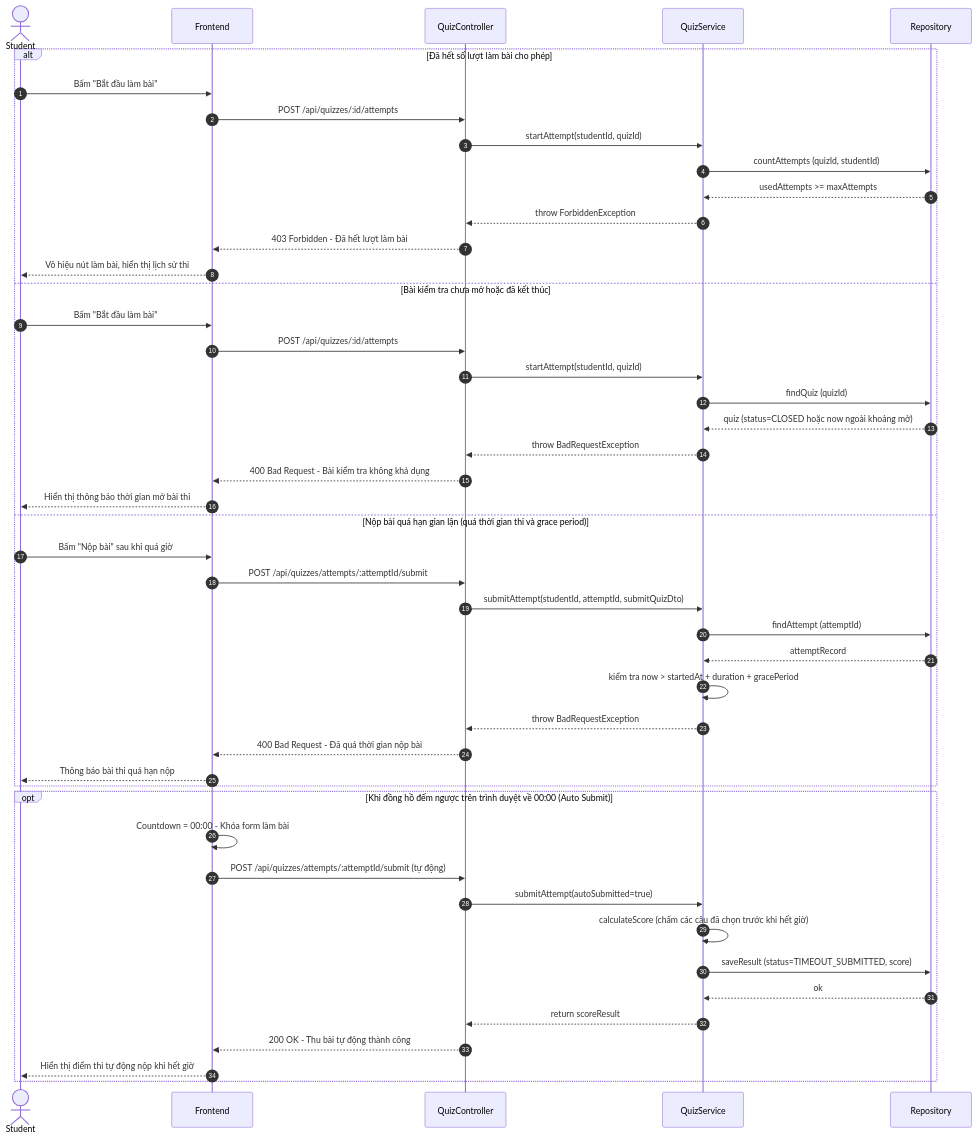
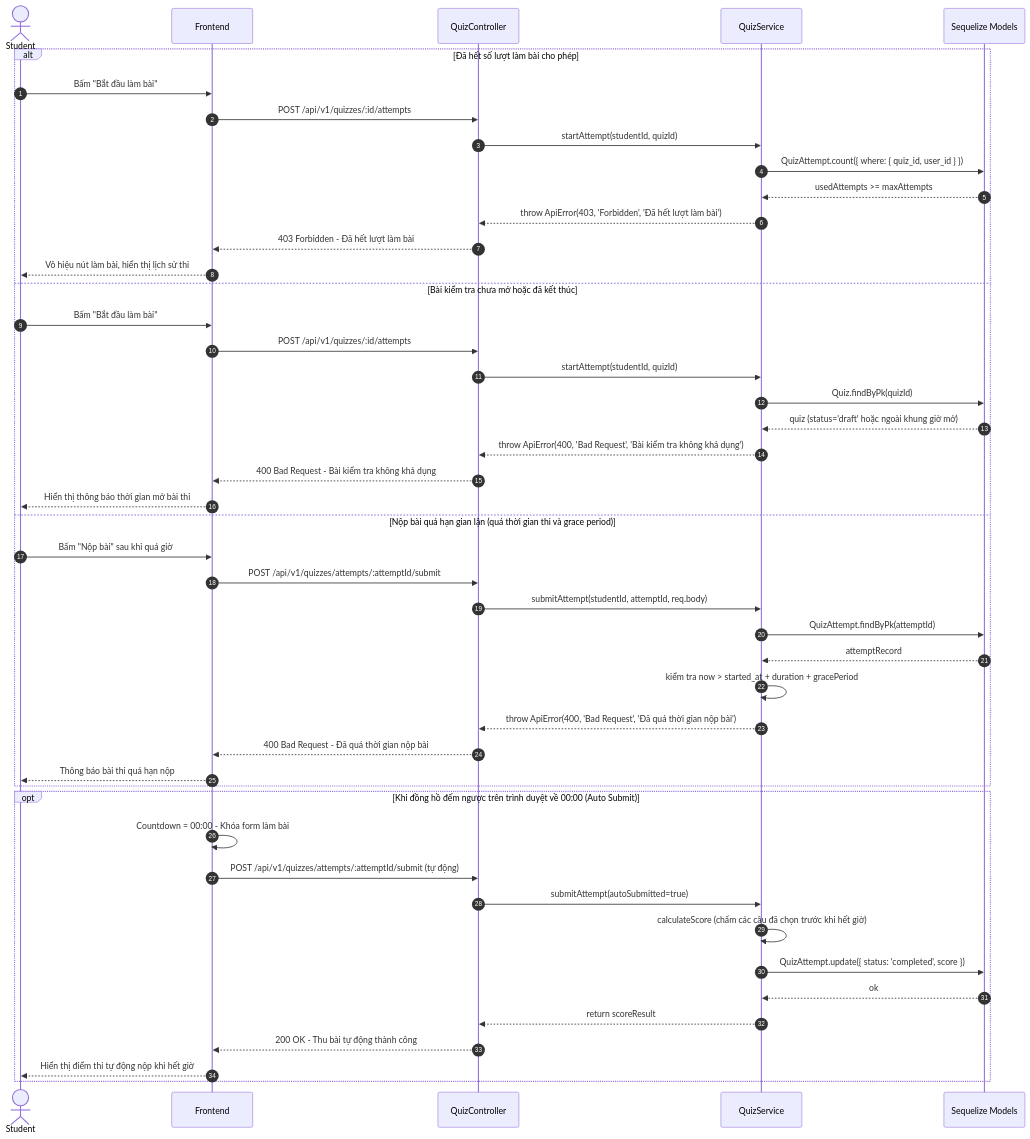
One commit to dunghvd79/eduverse changed the second of 2 diagrams in docs/sequences/seq-quiz-001.md. Above: the diagram before and after it, drawn with Mermaid. The commit also changed other lines of this file and 11 other files, not shown here.

Commit message:
docs: synchronize sequence diagrams and API conventions to Express.js and Sequelize

````diff
--- a/docs/sequences/seq-quiz-001.md
+++ b/docs/sequences/seq-quiz-001.md
@@ -63,51 +64,51 @@
 ```mermaid
 sequenceDiagram
     autonumber
     actor Student as Student
     participant FE as Frontend
     participant CTRL as QuizController
     participant SVC as QuizService
-    participant DB as Repository
+    participant DB as Sequelize Models
 
     alt Đã hết số lượt làm bài cho phép
         Student->>FE: Bấm "Bắt đầu làm bài"
-        FE->>CTRL: POST /api/quizzes/:id/attempts
+        FE->>CTRL: POST /api/v1/quizzes/:id/attempts
         CTRL->>SVC: startAttempt(studentId, quizId)
-        SVC->>DB: countAttempts (quizId, studentId)
+        SVC->>DB: QuizAttempt.count({ where: { quiz_id, user_id } })
         DB-->>SVC: usedAttempts >= maxAttempts
-        SVC-->>CTRL: throw ForbiddenException
+        SVC-->>CTRL: throw ApiError(403, 'Forbidden', 'Đã hết lượt làm bài')
         CTRL-->>FE: 403 Forbidden - Đã hết lượt làm bài
         FE-->>Student: Vô hiệu nút làm bài, hiển thị lịch sử thi
     else Bài kiểm tra chưa mở hoặc đã kết thúc
         Student->>FE: Bấm "Bắt đầu làm bài"
-        FE->>CTRL: POST /api/quizzes/:id/attempts
+        FE->>CTRL: POST /api/v1/quizzes/:id/attempts
         CTRL->>SVC: startAttempt(studentId, quizId)
-        SVC->>DB: findQuiz (quizId)
-        DB-->>SVC: quiz (status=CLOSED hoặc now ngoài khoảng mở)
-        SVC-->>CTRL: throw BadRequestException
+        SVC->>DB: Quiz.findByPk(quizId)
+        DB-->>SVC: quiz (status='draft' hoặc ngoài khung giờ mở)
+        SVC-->>CTRL: throw ApiError(400, 'Bad Request', 'Bài kiểm tra không khả dụng')
         CTRL-->>FE: 400 Bad Request - Bài kiểm tra không khả dụng
         FE-->>Student: Hiển thị thông báo thời gian mở bài thi
     else Nộp bài quá hạn gian lận (quá thời gian thi và grace period)
         Student->>FE: Bấm "Nộp bài" sau khi quá giờ
-        FE->>CTRL: POST /api/quizzes/attempts/:attemptId/submit
-        CTRL->>SVC: submitAttempt(studentId, attemptId, submitQuizDto)
-        SVC->>DB: findAttempt (attemptId)
+        FE->>CTRL: POST /api/v1/quizzes/attempts/:attemptId/submit
+        CTRL->>SVC: submitAttempt(studentId, attemptId, req.body)
+        SVC->>DB: QuizAttempt.findByPk(attemptId)
         DB-->>SVC: attemptRecord
-        SVC->>SVC: kiểm tra now > startedAt + duration + gracePeriod
-        SVC-->>CTRL: throw BadRequestException
+        SVC->>SVC: kiểm tra now > started_at + duration + gracePeriod
+        SVC-->>CTRL: throw ApiError(400, 'Bad Request', 'Đã quá thời gian nộp bài')
         CTRL-->>FE: 400 Bad Request - Đã quá thời gian nộp bài
         FE-->>Student: Thông báo bài thi quá hạn nộp
     end
 
     opt Khi đồng hồ đếm ngược trên trình duyệt về 00:00 (Auto Submit)
         FE->>FE: Countdown = 00:00 - Khóa form làm bài
-        FE->>CTRL: POST /api/quizzes/attempts/:attemptId/submit (tự động)
+        FE->>CTRL: POST /api/v1/quizzes/attempts/:attemptId/submit (tự động)
         CTRL->>SVC: submitAttempt(autoSubmitted=true)
         SVC->>SVC: calculateScore (chấm các câu đã chọn trước khi hết giờ)
-        SVC->>DB: saveResult (status=TIMEOUT_SUBMITTED, score)
+        SVC->>DB: QuizAttempt.update({ status: 'completed', score })
         DB-->>SVC: ok
         SVC-->>CTRL: return scoreResult
         CTRL-->>FE: 200 OK - Thu bài tự động thành công
         FE-->>Student: Hiển thị điểm thi tự động nộp khi hết giờ
     end
 ```
````
